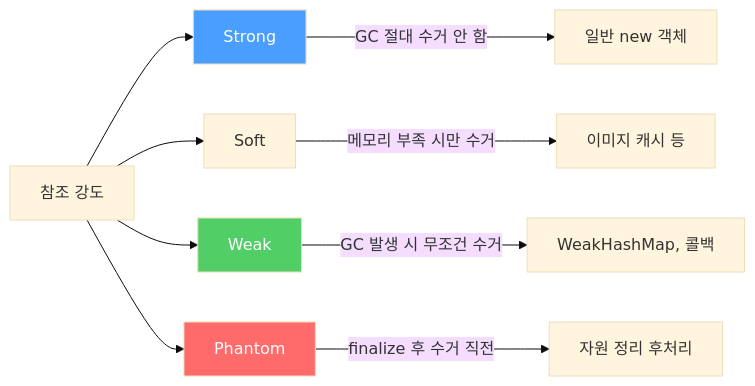
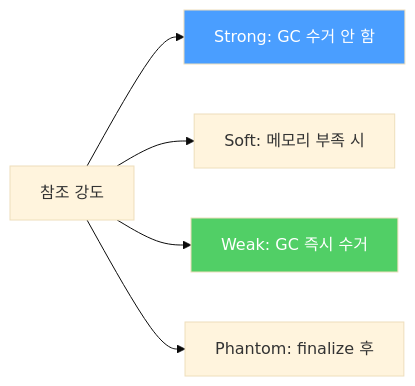
One commit to yjkim2015/yjkim2015.github.io changed the second of 4 diagrams in _posts/java/2021-12-20-effective-java7.md. Above: the diagram before and after it, drawn with Mermaid (base theme). The commit also changed 163 other files, not shown here.

First line of the commit message:
Mermaid 300개 블록 내용 축소: 5노드 5엣지 이하, 의미 있는 약어

````diff
--- a/_posts/java/2021-12-20-effective-java7.md
+++ b/_posts/java/2021-12-20-effective-java7.md
@@ -145,14 +145,9 @@
 ```mermaid
 graph LR
-    A["참조 강도"] --> B["Strong"]
-    A --> C["Soft"]
-    A --> D["Weak"]
-    A --> E["Phantom"]
-    B -->|"GC 절대 수거 안 함"| B1["일반 new 객체"]
-    C -->|"메모리 부족 시만 수거"| C1["이미지 캐시 등"]
-    D -->|"GC 발생 시 무조건 수거"| D1["WeakHashMap, 콜백"]
-    E -->|"finalize 후 수거 직전"| E1["자원 정리 후처리"]
+    A["참조 강도"] --> B["Strong: GC 수거 안 함"]
+    A --> C["Soft: 메모리 부족 시"]
+    A --> D["Weak: GC 즉시 수거"]
+    A --> E["Phantom: finalize 후"]
     style B fill:#4a9eff,color:#fff
     style D fill:#51cf66,color:#fff
-    style E fill:#ff6b6b,color:#fff
 ```
````
